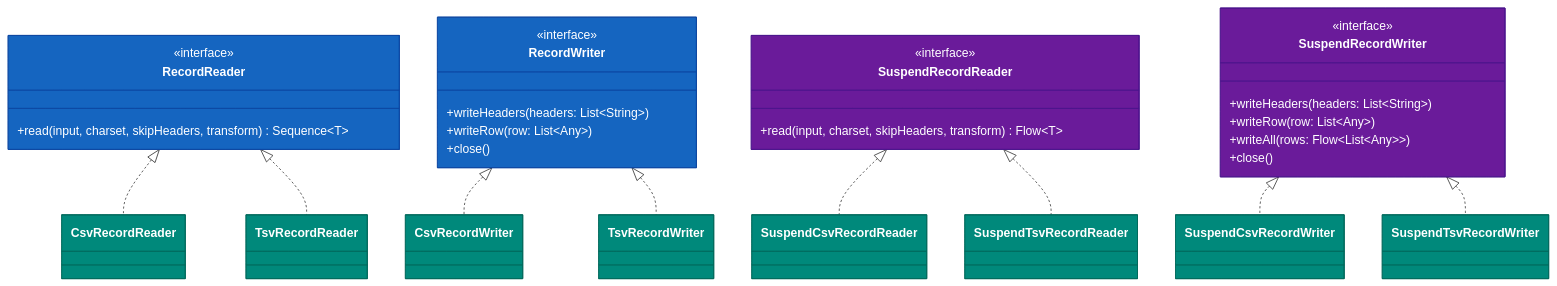
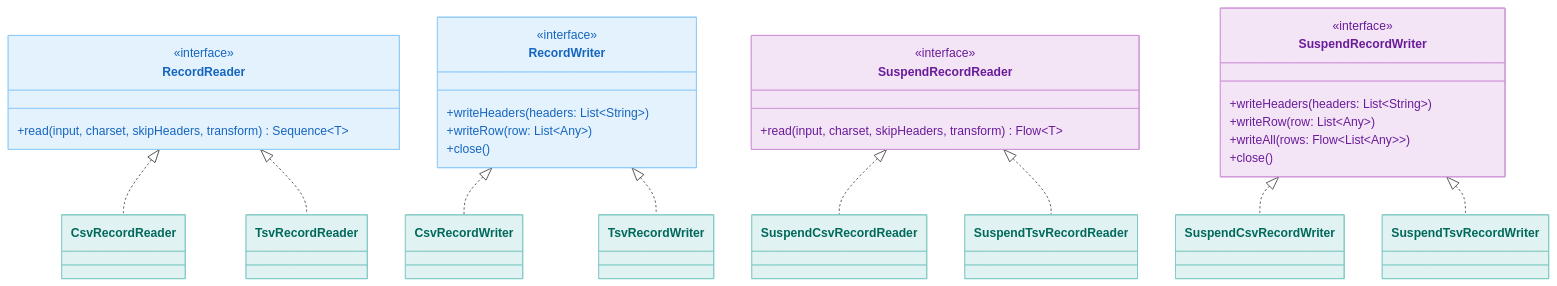
Before and after one commit to bluetape4k/bluetape4k-projects: the first of 2 diagrams in io/csv/README.ko.md, drawn with Mermaid. The commit also changed other lines of this file and 219 other files, not shown here.

First line of the commit message:
docs: 전체 README Mermaid 다이어그램 가이드 적용

````diff
--- a/io/csv/README.ko.md
+++ b/io/csv/README.ko.md
@@ -16,50 +16,50 @@
 ```mermaid
 classDiagram
     class RecordReader {
         <<interface>>
         +read(input, charset, skipHeaders, transform) Sequence~T~
     }
 
     class RecordWriter {
         <<interface>>
         +writeHeaders(headers: List~String~)
         +writeRow(row: List~Any~)
         +close()
     }
 
     class SuspendRecordReader {
         <<interface>>
         +read(input, charset, skipHeaders, transform) Flow~T~
     }
 
     class SuspendRecordWriter {
         <<interface>>
         +writeHeaders(headers: List~String~)
         +writeRow(row: List~Any~)
         +writeAll(rows: Flow~List~Any~~)
         +close()
     }
 
 
     RecordReader <|.. CsvRecordReader
     RecordReader <|.. TsvRecordReader
     RecordWriter <|.. CsvRecordWriter
     RecordWriter <|.. TsvRecordWriter
     SuspendRecordReader <|.. SuspendCsvRecordReader
     SuspendRecordReader <|.. SuspendTsvRecordReader
     SuspendRecordWriter <|.. SuspendCsvRecordWriter
     SuspendRecordWriter <|.. SuspendTsvRecordWriter
 
-    style RecordReader fill:#1565C0,stroke:#0D47A1,color:#FFFFFF
-    style RecordWriter fill:#1565C0,stroke:#0D47A1,color:#FFFFFF
-    style SuspendRecordReader fill:#6A1B9A,stroke:#4A148C,color:#FFFFFF
-    style SuspendRecordWriter fill:#6A1B9A,stroke:#4A148C,color:#FFFFFF
-    style CsvRecordReader fill:#00897B,stroke:#00695C,color:#FFFFFF
-    style TsvRecordReader fill:#00897B,stroke:#00695C,color:#FFFFFF
-    style CsvRecordWriter fill:#00897B,stroke:#00695C,color:#FFFFFF
-    style TsvRecordWriter fill:#00897B,stroke:#00695C,color:#FFFFFF
-    style SuspendCsvRecordReader fill:#00897B,stroke:#00695C,color:#FFFFFF
-    style SuspendTsvRecordReader fill:#00897B,stroke:#00695C,color:#FFFFFF
-    style SuspendCsvRecordWriter fill:#00897B,stroke:#00695C,color:#FFFFFF
-    style SuspendTsvRecordWriter fill:#00897B,stroke:#00695C,color:#FFFFFF
+    style RecordReader fill:#E3F2FD,stroke:#90CAF9,color:#1565C0
+    style RecordWriter fill:#E3F2FD,stroke:#90CAF9,color:#1565C0
+    style SuspendRecordReader fill:#F3E5F5,stroke:#CE93D8,color:#6A1B9A
+    style SuspendRecordWriter fill:#F3E5F5,stroke:#CE93D8,color:#6A1B9A
+    style CsvRecordReader fill:#E0F2F1,stroke:#80CBC4,color:#00695C
+    style TsvRecordReader fill:#E0F2F1,stroke:#80CBC4,color:#00695C
+    style CsvRecordWriter fill:#E0F2F1,stroke:#80CBC4,color:#00695C
+    style TsvRecordWriter fill:#E0F2F1,stroke:#80CBC4,color:#00695C
+    style SuspendCsvRecordReader fill:#E0F2F1,stroke:#80CBC4,color:#00695C
+    style SuspendTsvRecordReader fill:#E0F2F1,stroke:#80CBC4,color:#00695C
+    style SuspendCsvRecordWriter fill:#E0F2F1,stroke:#80CBC4,color:#00695C
+    style SuspendTsvRecordWriter fill:#E0F2F1,stroke:#80CBC4,color:#00695C
 ```
````
